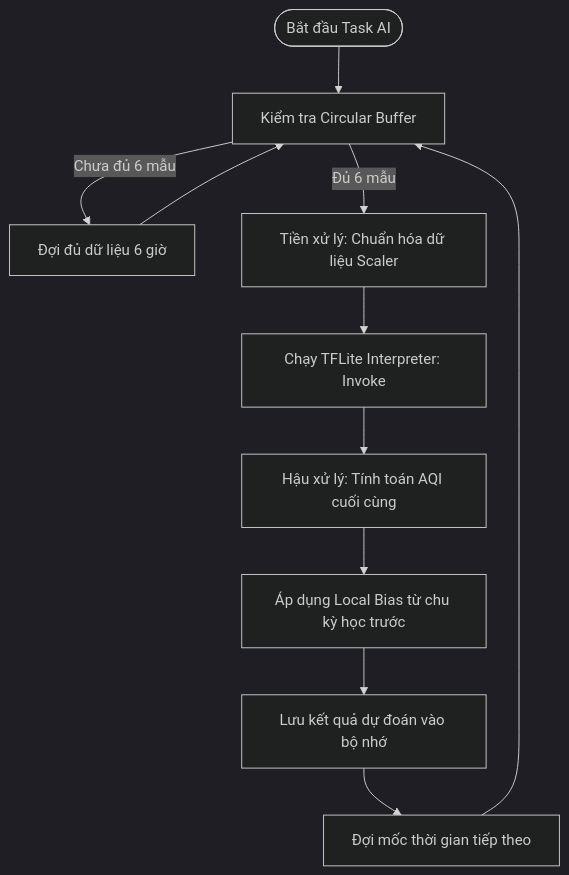
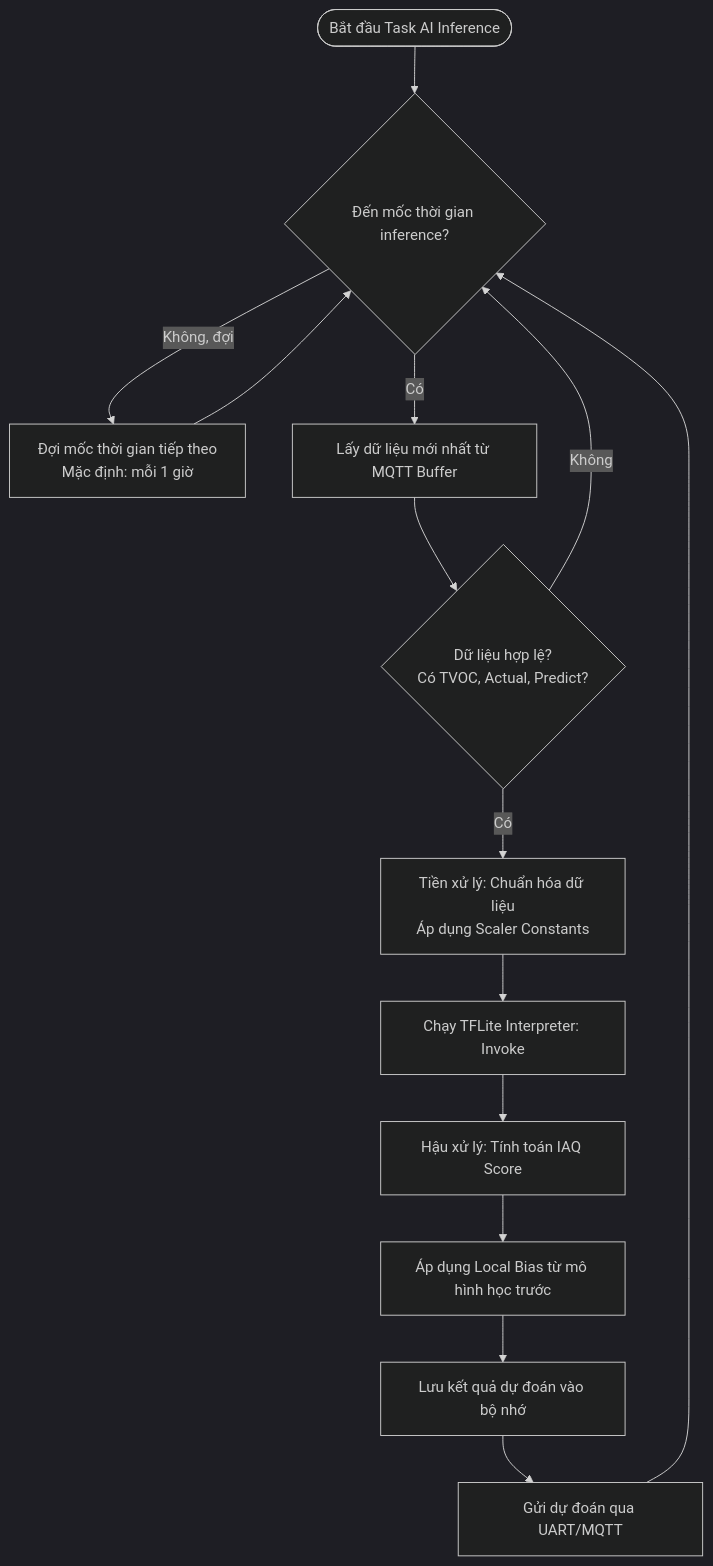
One commit to LarryVan-engin/Embedded-Project changed the fourth of 5 diagrams in README.md. Above: the diagram before and after it, drawn with Mermaid (dark theme). The commit also changed other lines of this file and 2 other files, not shown here.

````diff
--- a/README.md
+++ b/README.md
@@ -451,13 +455,16 @@
 ```mermaid
 flowchart TD
-    Start2([Bắt đầu Task AI]) --> Check[Kiểm tra Circular Buffer]
-    Check -- Chưa đủ 6 mẫu --> Wait[Đợi đủ dữ liệu 6 giờ]
-    Wait --> Check
-    Check -- Đủ 6 mẫu --> Pre[Tiền xử lý: Chuẩn hóa dữ liệu Scaler]
+    Start2([Bắt đầu Task AI Inference]) --> Trigger{Đến mốc thời gian inference?}
+    Trigger -- Không, đợi --> Wait[Đợi mốc thời gian tiếp theo<br/>Mặc định: mỗi 1 giờ]
+    Wait --> Trigger
+    Trigger -- Có --> Fetch[Lấy dữ liệu mới nhất từ MQTT Buffer]
+    Fetch --> Valid{Dữ liệu hợp lệ?<br/>Có TVOC, Actual, Predict?}
+    Valid -- Không --> Trigger
+    Valid -- Có --> Pre[Tiền xử lý: Chuẩn hóa dữ liệu<br/>Áp dụng Scaler Constants]
     Pre --> Invoke[Chạy TFLite Interpreter: Invoke]
-    Invoke --> Post[Hậu xử lý: Tính toán AQI cuối cùng]
-    Post --> Bias[Áp dụng Local Bias từ chu kỳ học trước]
+    Invoke --> Post[Hậu xử lý: Tính toán IAQ Score]
+    Post --> Bias[Áp dụng Local Bias từ mô hình học trước]
     Bias --> Output[Lưu kết quả dự đoán vào bộ nhớ]
-    Output --> Wait2[Đợi mốc thời gian tiếp theo]
-    Wait2 --> Check
+    Output --> Send[Gửi dự đoán qua UART/MQTT]
+    Send --> Trigger
 ```
````
